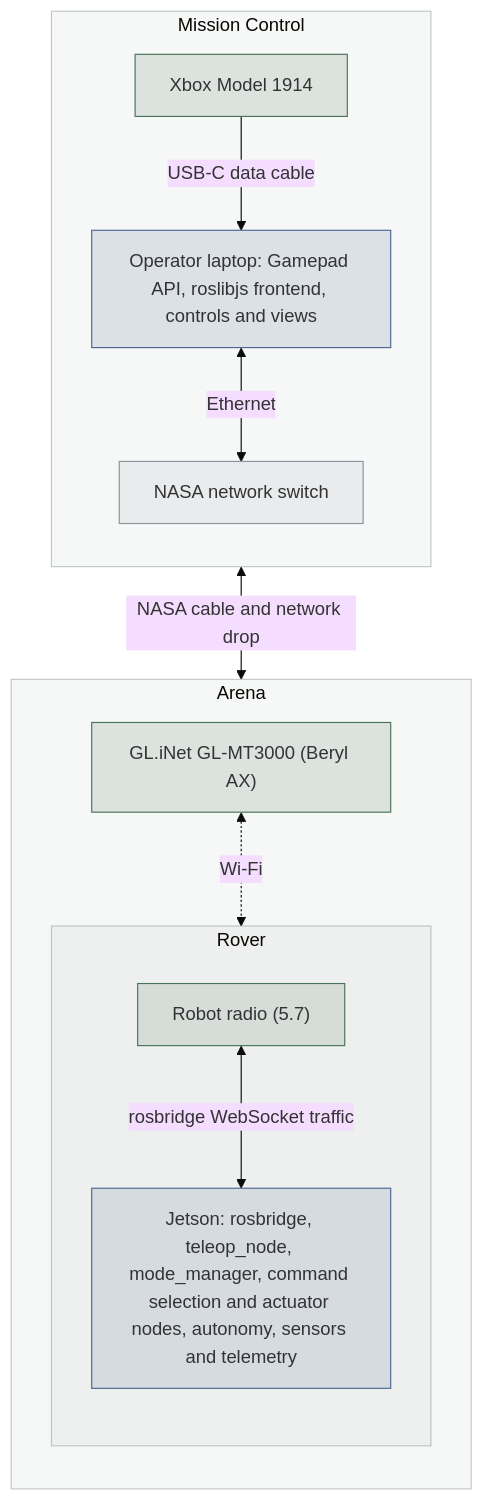
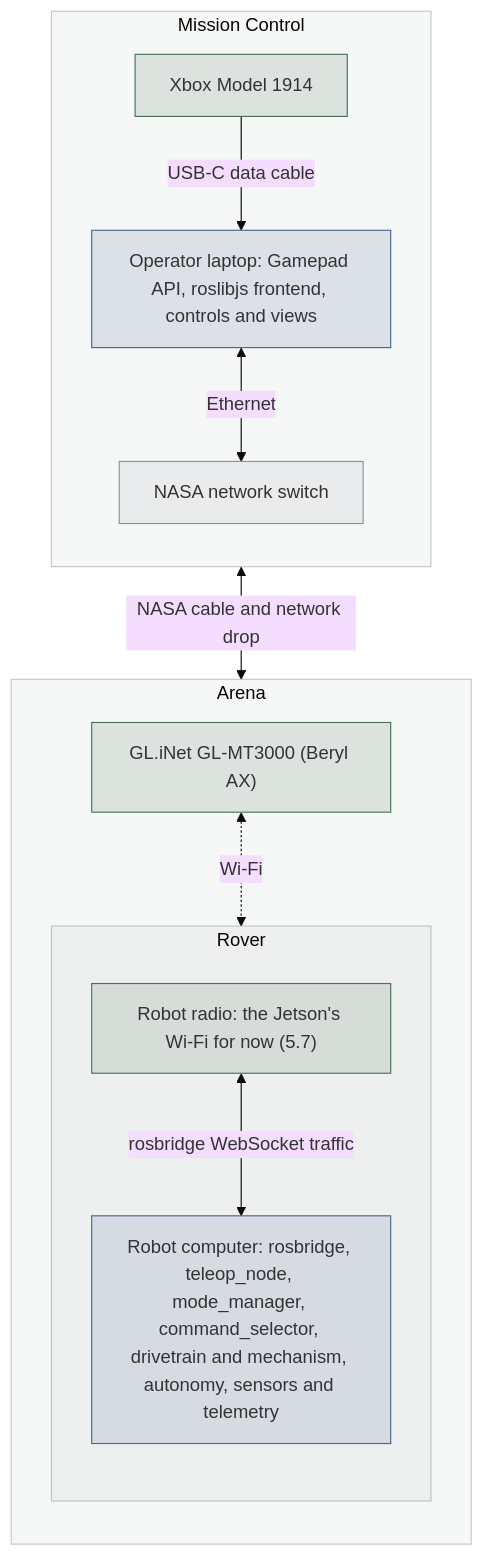
The diagram in docs/design/teleoperation.md (STAR-Robotics-Team/starrt-luna-software), drawn with Mermaid (base theme) before and after one commit. The commit also changed other lines of this file and 6 other files, not shown here.

````diff
--- a/docs/design/teleoperation.md
+++ b/docs/design/teleoperation.md
@@ -124,32 +228,32 @@
 ```mermaid
 flowchart TB
   subgraph mcc["Mission Control"]
     direction TB
     pad["Xbox Model 1914"]
     laptop["Operator laptop: Gamepad API, roslibjs frontend, controls and views"]
     sw["NASA network switch"]
   end
   subgraph arena["Arena"]
     direction TB
     ap["GL.iNet GL-MT3000 (Beryl AX)"]
     subgraph rover["Rover"]
       direction TB
-      radio["Robot radio (5.7)"]
-      jetson["Jetson: rosbridge, teleop_node, mode_manager, command selection and actuator nodes, autonomy, sensors and telemetry"]
+      radio["Robot radio: the Jetson's Wi-Fi for now (5.7)"]
+      jetson["Robot computer: rosbridge, teleop_node, mode_manager, command_selector, drivetrain and mechanism, autonomy, sensors and telemetry"]
     end
   end
   pad -->|"USB-C data cable"| laptop
   laptop <-->|"Ethernet"| sw
   sw <-->|"NASA cable and network drop"| ap
   ap <-.->|"Wi-Fi"| radio
   radio <-->|"rosbridge WebSocket traffic"| jetson
   classDef ours fill:#4c669026,stroke:#4c6690
   classDef nasa fill:#8b939c1f,stroke:#8b939c
   classDef hw fill:#4a725926,stroke:#4a7259
   class laptop,jetson ours
   class sw nasa
   class pad,ap,radio hw
   style mcc fill:#8b939c14,stroke:#8b939c80
   style arena fill:#8b939c14,stroke:#8b939c80
   style rover fill:#8b939c14,stroke:#8b939c80
 ```
````
